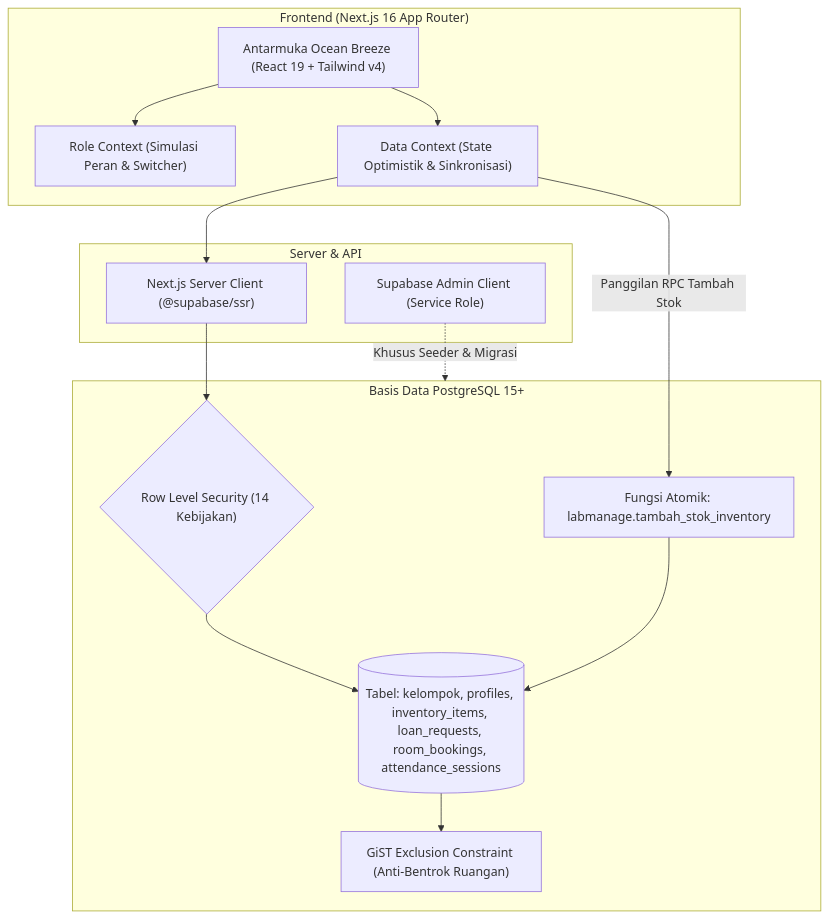
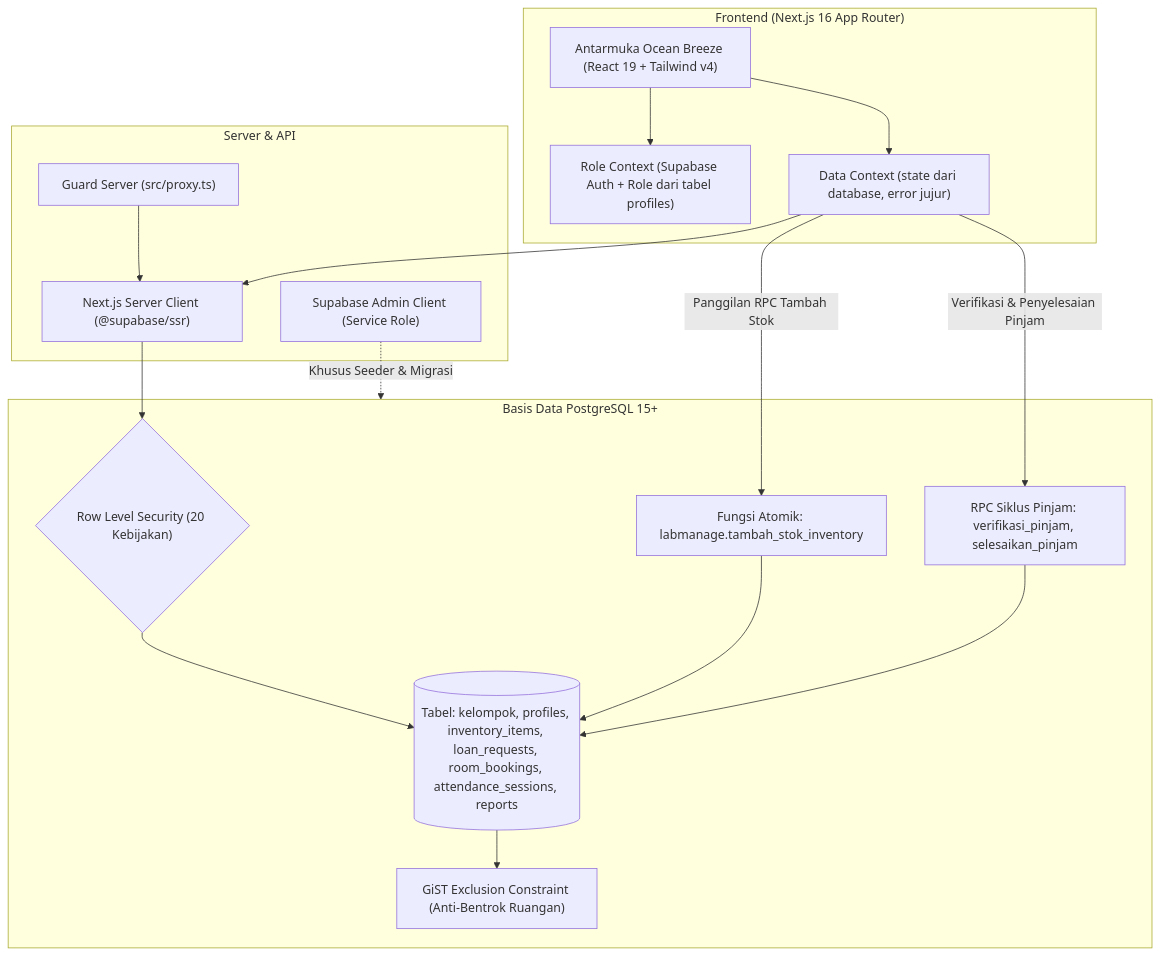
The diagram in README.md (bimadji/LabManage), drawn with Mermaid before and after one commit. The commit also changed other lines of this file and 18 other files, not shown here.

````diff
--- a/README.md
+++ b/README.md
@@ -90,30 +90,35 @@
 ```mermaid
 flowchart TD
   subgraph Client ["Frontend (Next.js 16 App Router)"]
     UI["Antarmuka Ocean Breeze (React 19 + Tailwind v4)"]
-    RoleCtx["Role Context (Simulasi Peran & Switcher)"]
-    DataCtx["Data Context (State Optimistik & Sinkronisasi)"]
+    RoleCtx["Role Context (Supabase Auth + Role dari tabel profiles)"]
+    DataCtx["Data Context (state dari database, error jujur)"]
   end
 
   subgraph ServerLayer ["Server & API"]
     SSR["Next.js Server Client (@supabase/ssr)"]
+    Proxy["Guard Server (src/proxy.ts)"]
     AdminClient["Supabase Admin Client (Service Role)"]
   end
 
   subgraph SupabaseDB ["Basis Data PostgreSQL 15+"]
-    Tables[("Tabel: kelompok, profiles, inventory_items, loan_requests, room_bookings, attendance_sessions")]
-    RLS{"Row Level Security (14 Kebijakan)"}
+    Tables[("Tabel: kelompok, profiles, inventory_items, loan_requests, room_bookings, attendance_sessions, reports")]
+    RLS{"Row Level Security (20 Kebijakan)"}
     ExclConstraint["GiST Exclusion Constraint (Anti-Bentrok Ruangan)"]
     RPCSecDef["Fungsi Atomik: labmanage.tambah_stok_inventory"]
+    LoanRPC["RPC Siklus Pinjam: verifikasi_pinjam, selesaikan_pinjam"]
   end
 
   UI --> RoleCtx
   UI --> DataCtx
+  Proxy --> SSR
   DataCtx --> SSR
   AdminClient -.->|Khusus Seeder & Migrasi| SupabaseDB
   SSR --> RLS
   RLS --> Tables
   DataCtx -->|Panggilan RPC Tambah Stok| RPCSecDef
+  DataCtx -->|Verifikasi & Penyelesaian Pinjam| LoanRPC
   RPCSecDef --> Tables
+  LoanRPC --> Tables
   Tables --> ExclConstraint
 ```
````
